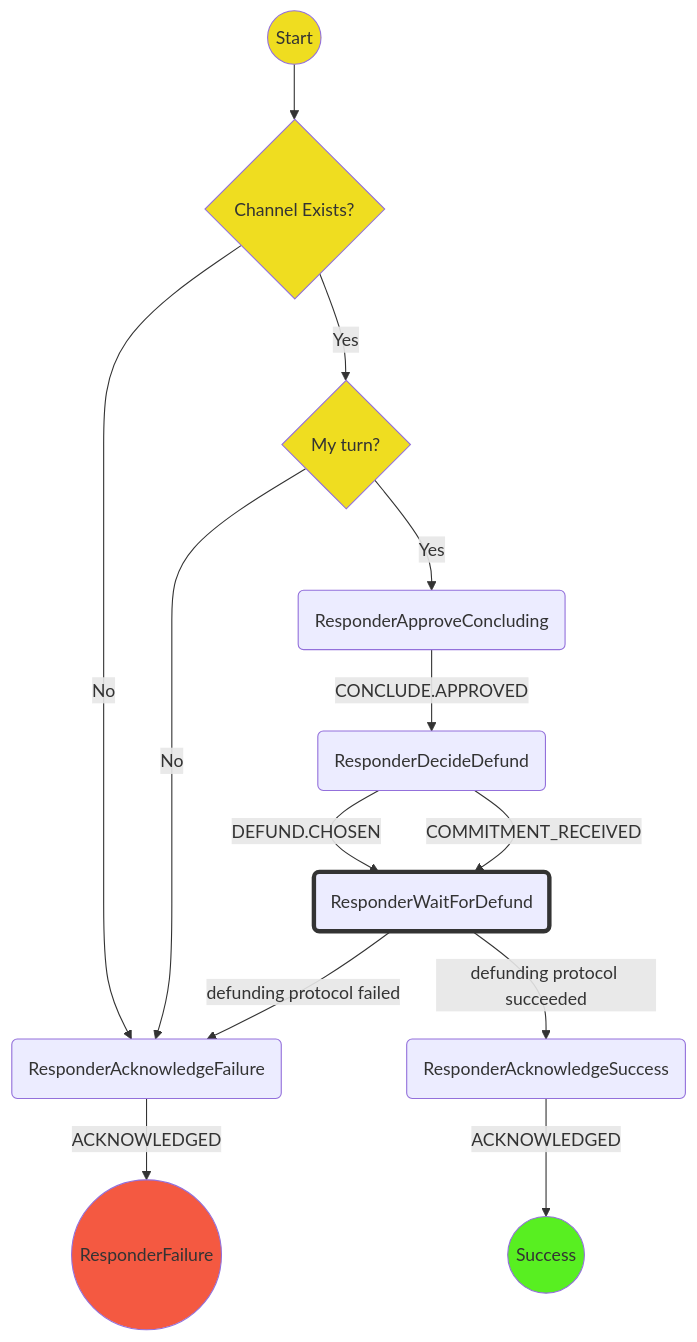
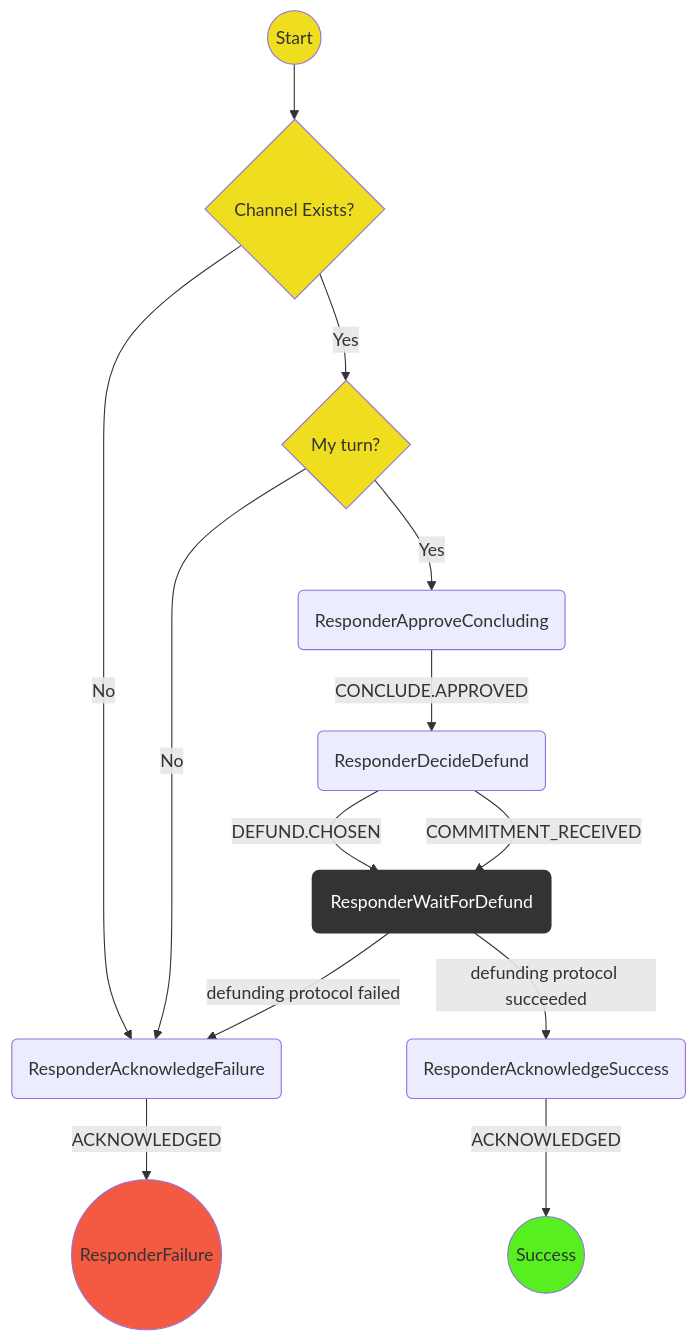
Before and after one commit to statechannels/statechannels: the diagram in packages/wallet/packages/wallet/src/redux/protocols/concluding/responder/readme.md, drawn with Mermaid. The commit also changed 88 other files, not shown here.

````diff
--- a/packages/wallet/packages/wallet/src/redux/protocols/concluding/responder/readme.md
+++ b/packages/wallet/packages/wallet/src/redux/protocols/concluding/responder/readme.md
@@ -21,22 +21,24 @@
 ```mermaid
 graph TD
 linkStyle default interpolate basis
   S((Start)) --> E{Channel Exists?}
   E --> |No| AF(ResponderAcknowledgeFailure)
   AF -->|ACKNOWLEDGED| F((ResponderFailure))
   E --> |Yes| MT{My turn?}
   MT  --> |Yes| CC(ResponderApproveConcluding)
   MT  --> |No| AF(ResponderAcknowledgeFailure)
   CC  --> |CONCLUDE.APPROVED| DD(ResponderDecideDefund)
   DD --> |DEFUND.CHOSEN| D(ResponderWaitForDefund)
   DD --> |COMMITMENT_RECEIVED| D(ResponderWaitForDefund)
   D   --> |defunding protocol succeeded| AS(ResponderAcknowledgeSuccess)
   AS -->  |ACKNOWLEDGED| SS((Success))
   D   --> |defunding protocol failed| AF(ResponderAcknowledgeFailure)
-  style S  fill:#efdd20
-  style E  fill:#efdd20
-  style MT fill:#efdd20
-  style SS fill:#58ef21
-  style F  fill:#f45941
-  style D stroke:#333,stroke-width:4px
+  classDef logic fill:#efdd20;
+  classDef Success fill:#58ef21;
+  classDef Failure fill:#f45941;
+  classDef WaitForChildProtocol stroke:#333,stroke-width:4px,color:#ffff,fill:#333;
+  class S,E,MT logic;
+  class SS Success;
+  class F Failure;
+  class D WaitForChildProtocol;
 ```
````
